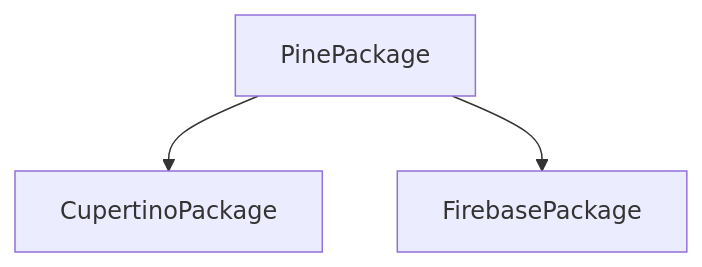
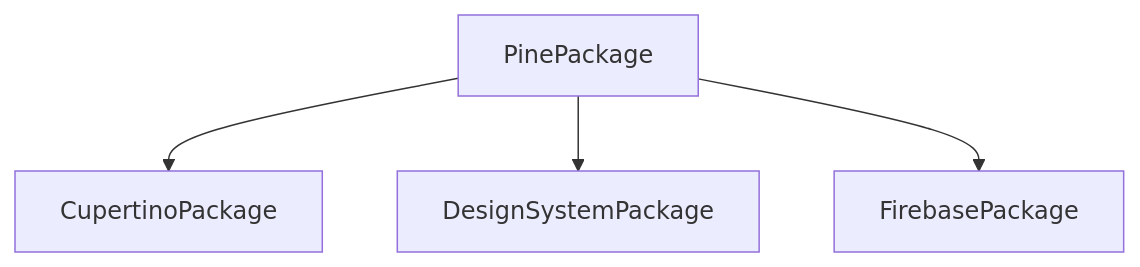
The diagram in Packages/README.md (0x1-company/god-ios), drawn with Mermaid before and after one commit.

````diff
--- a/Packages/README.md
+++ b/Packages/README.md
@@ -1,5 +1,6 @@
 ```mermaid
 graph TD;
     PinePackage-->CupertinoPackage;
+    PinePackage-->DesignSystemPackage;
     PinePackage-->FirebasePackage;
 ```
````
